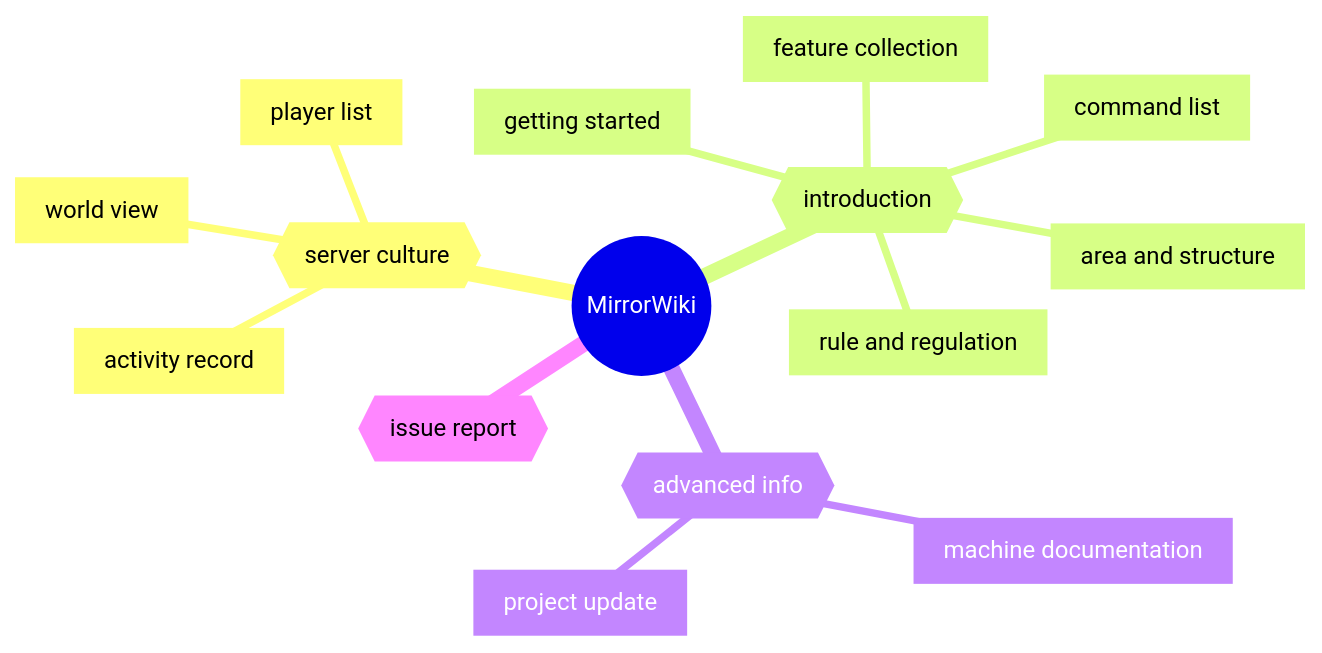
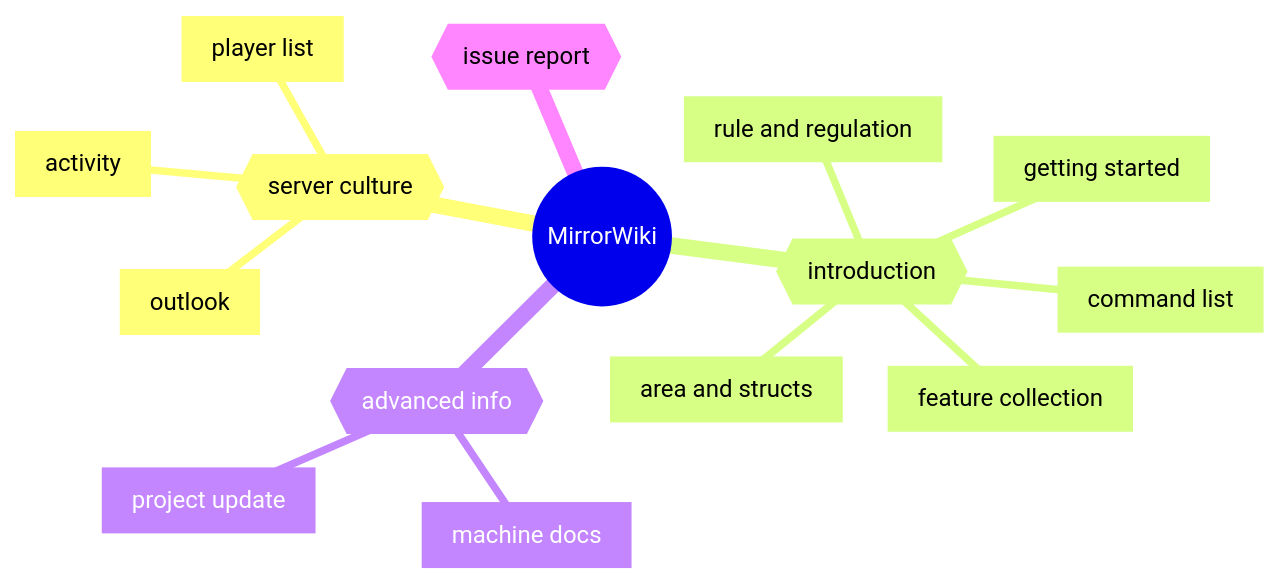
Before and after one commit to MirrorTree-MC/MirrorTree: the diagram in README.md, drawn with Mermaid.

````diff
--- a/README.md
+++ b/README.md
@@ -11,18 +11,18 @@
 ```mermaid
 mindmap
   root((MirrorWiki))
     id{{server culture}}
-      id[world view]
+      id[outlook]
       id[player list]
-      id[activity record]
+      id[activity]
     id{{introduction}}
       id[getting started]
-      id[area and structure]
+      id[area and structs]
       id[command list]
       id[feature collection]
       id[rule and regulation]
     id{{advanced info}}
-      id[machine documentation]
+      id[machine docs]
       id[project update]
     id{{issue report}}
 ```
````
